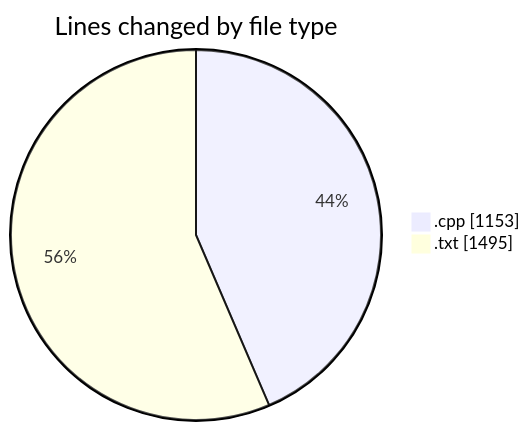
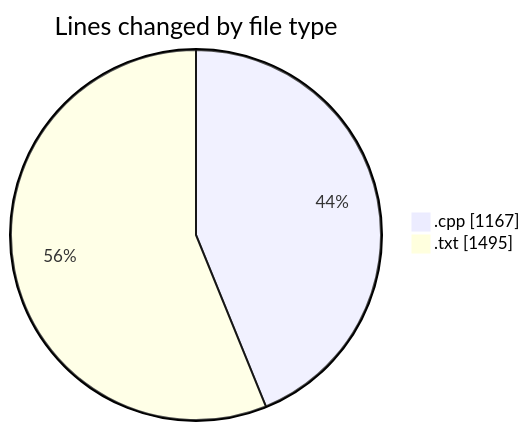
One commit to Ritupan-Deka/code-tracking changed the first of 2 diagrams in 2025-06-21/refinedproject/README.md. Above: the diagram before and after it, drawn with Mermaid. The commit also changed other lines of this file and 1 other file, not shown here.

````diff
--- a/2025-06-21/refinedproject/README.md
+++ b/2025-06-21/refinedproject/README.md
@@ -26,6 +26,6 @@
 ```mermaid
 pie showData
 title Lines changed by file type
-".cpp" : 1153
+".cpp" : 1167
 ".txt" : 1495
 ```
````
